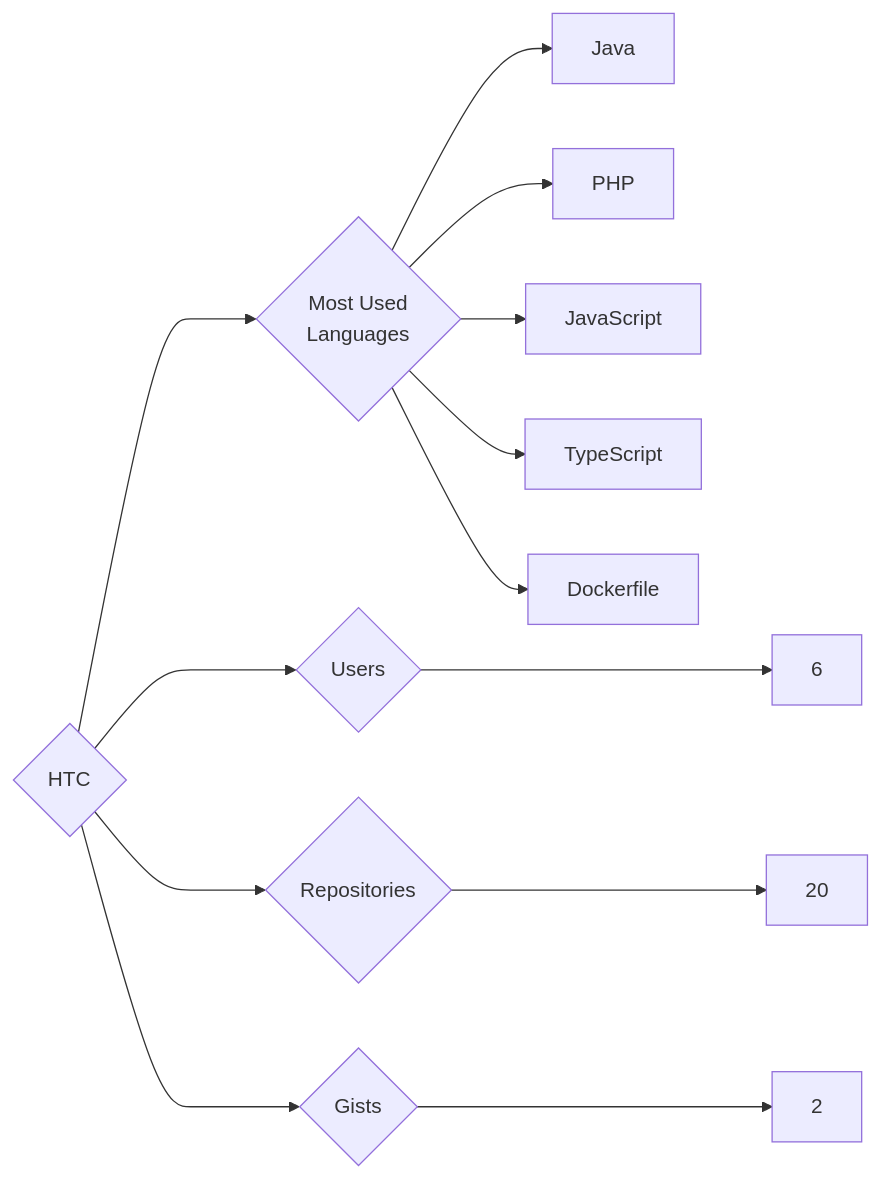
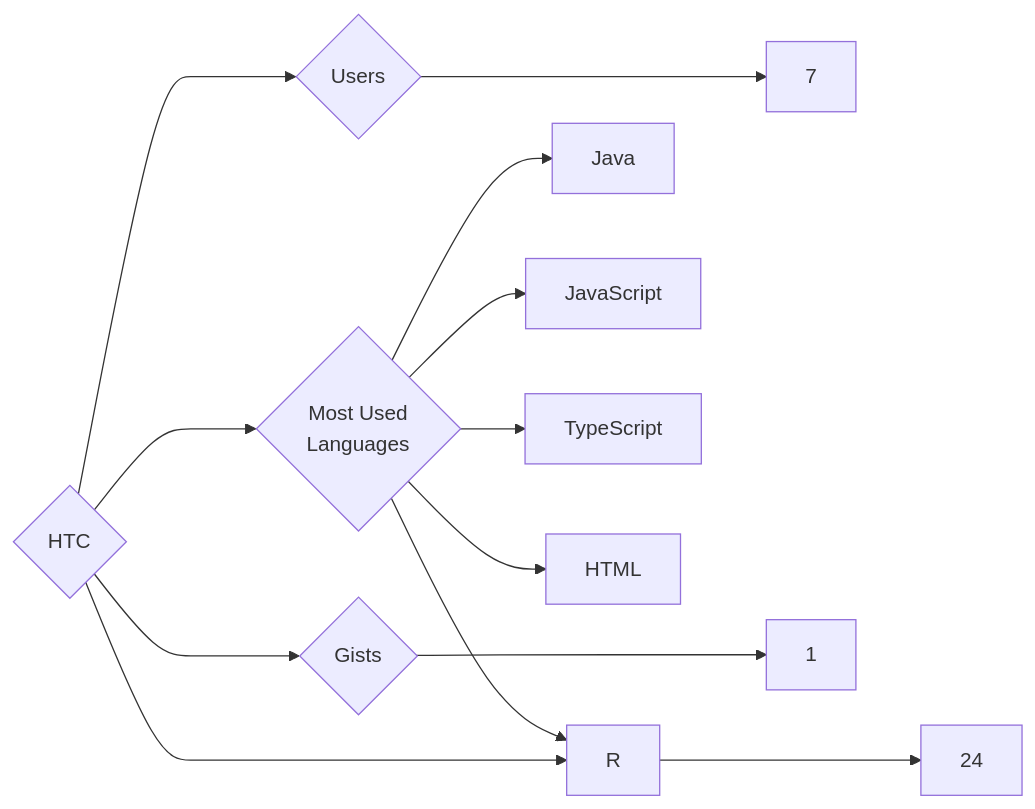
The diagram in targets/HTC/README.md (trickest/insiders), drawn with Mermaid before and after one commit. The commit also changed 1036 other files, not shown here.

````diff
--- a/targets/HTC/README.md
+++ b/targets/HTC/README.md
@@ -3,13 +3,13 @@
 ```mermaid
 graph LR
 COMPANY_NAME{HTC}
-COMPANY_NAME ---> U{Users} ---> UN[6]
-COMPANY_NAME ---> R{Repositories} ---> RN[20]
-COMPANY_NAME ---> G{Gists} ---> GN[2]
+COMPANY_NAME ---> U{Users} ---> UN[7]
+COMPANY_NAME ---> R{Repositories} ---> RN[24]
+COMPANY_NAME ---> G{Gists} ---> GN[1]
 COMPANY_NAME ---> ML{Most Used<br>Languages}
 ML --> Java[Java]
-ML --> PHP[PHP]
 ML --> JavaScript[JavaScript]
 ML --> TypeScript[TypeScript]
-ML --> Dockerfile[Dockerfile]
+ML --> R[R]
+ML --> HTML[HTML]
 ```
````
